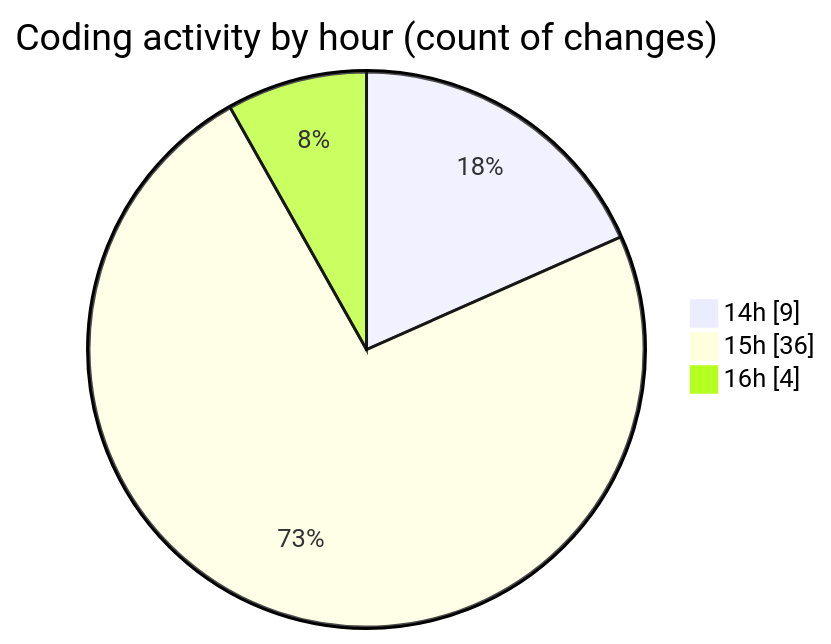
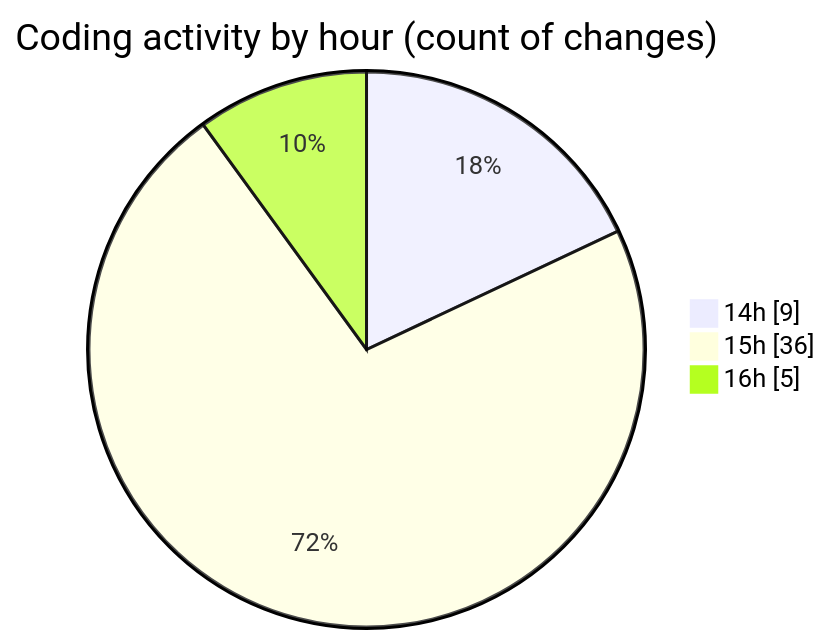
Before and after one commit to Ritupan-Deka/code-tracking: the second of 2 diagrams in 2025-06-17/projects/README.md, drawn with Mermaid. The commit also changed other lines of this file and 1 other file, not shown here.

````diff
--- a/2025-06-17/projects/README.md
+++ b/2025-06-17/projects/README.md
@@ -29,7 +29,7 @@
 ```mermaid
 pie showData
 title Coding activity by hour (count of changes)
 "14h" : 9
 "15h" : 36
-"16h" : 4
+"16h" : 5
 ```
````
